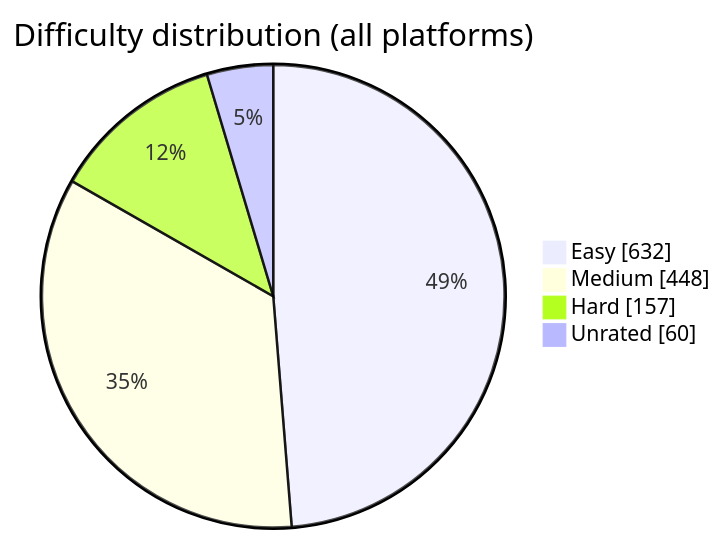
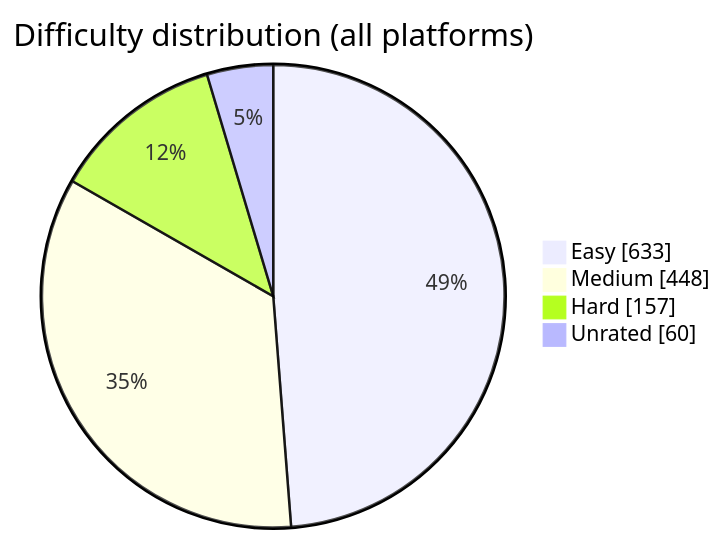
The diagram in README.md (BuildbyArindam/Daily-Coding-Log), drawn with Mermaid before and after one commit. The commit also changed other lines of this file, not shown here.

````diff
--- a/README.md
+++ b/README.md
@@ -93,7 +93,7 @@
 ```mermaid
 pie showData title Difficulty distribution (all platforms)
-    "Easy" : 632
+    "Easy" : 633
     "Medium" : 448
     "Hard" : 157
     "Unrated" : 60
 ```
````
